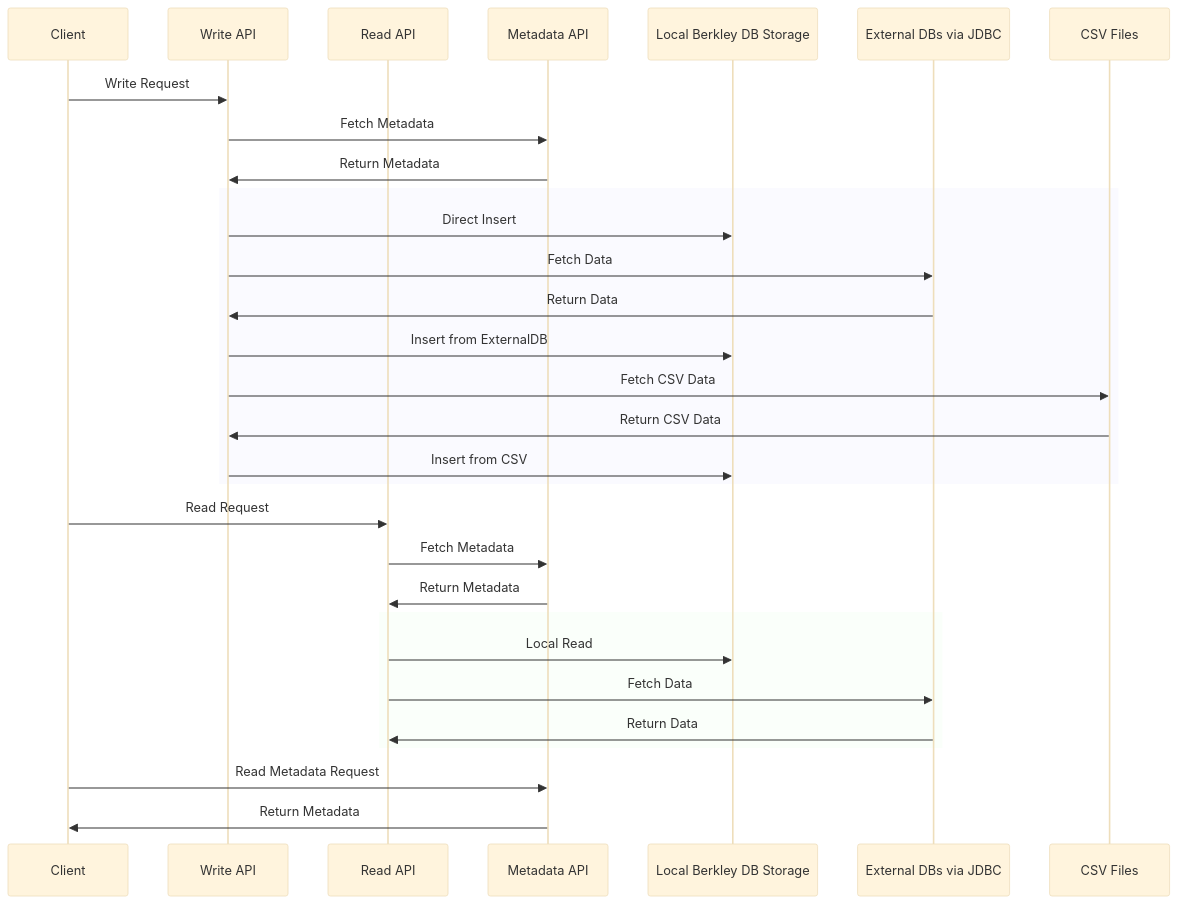
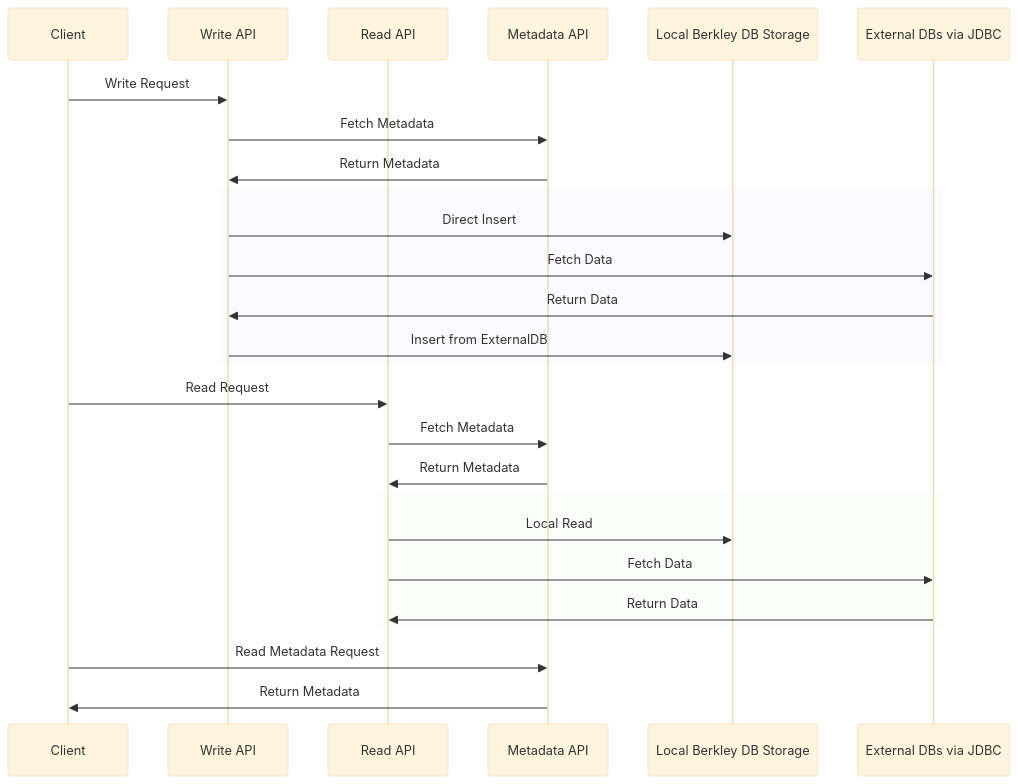
The second of 2 diagrams in README.md (akardapolov/dimension-db), drawn with Mermaid (base theme) before and after one commit. The commit also changed other lines of this file and 49 other files, not shown here.

````diff
--- a/README.md
+++ b/README.md
@@ -495,37 +492,33 @@
 ```mermaid
 sequenceDiagram
   participant Client
   participant DStore_Write as Write API
   participant DStore_Read as Read API
   participant MetadataAPI as Metadata API
   participant LocalDB as Local Berkley DB Storage
   participant ExternalDB as External DBs via JDBC
-  participant CSV as CSV Files
 
   Client->>DStore_Write: Write Request
   DStore_Write->>MetadataAPI: Fetch Metadata
   MetadataAPI->>DStore_Write: Return Metadata
 
   rect rgba(200, 200, 255, 0.1)
     DStore_Write->>LocalDB: Direct Insert
     DStore_Write->>ExternalDB: Fetch Data
     ExternalDB->>DStore_Write: Return Data
     DStore_Write->>LocalDB: Insert from ExternalDB
-    DStore_Write->>CSV: Fetch CSV Data
-    CSV->>DStore_Write: Return CSV Data
-    DStore_Write->>LocalDB: Insert from CSV
   end
 
   Client->>DStore_Read: Read Request
   DStore_Read->>MetadataAPI: Fetch Metadata
   MetadataAPI->>DStore_Read: Return Metadata
 
   rect rgba(200, 255, 200, 0.1)
     DStore_Read->>LocalDB: Local Read
     DStore_Read->>ExternalDB: Fetch Data
     ExternalDB->>DStore_Read: Return Data
   end
 
   Client->>MetadataAPI: Read Metadata Request
   MetadataAPI->>Client: Return Metadata
 ```
````
